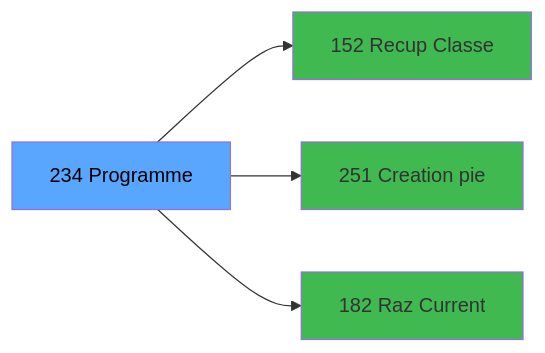
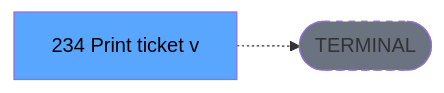
Before and after one commit to thonyAGP/lecteur-magic: the third of 3 diagrams in .openspec/specs/ADH-IDE-234.md, drawn with Mermaid. The commit also changed other lines of this file and 701 other files, not shown here.

````diff
--- a/.openspec/specs/ADH-IDE-234.md
+++ b/.openspec/specs/ADH-IDE-234.md
@@ -164,14 +141,8 @@
 ```mermaid
 graph LR
-    T[234 Programme]
-    C152[152 Recup Classe]
-    T --> C152
-    C251[251 Creation pie]
-    T --> C251
-    C182[182 Raz Current ]
-    T --> C182
+    T[234  Print ticket v]
+    TERM([TERMINAL])
+    T -.-> TERM
+    style TERM fill:#6b7280,stroke-dasharray: 5 5
     style T fill:#58a6ff,color:#000
-    style C152 fill:#3fb950
-    style C251 fill:#3fb950
-    style C182 fill:#3fb950
 ```
````
